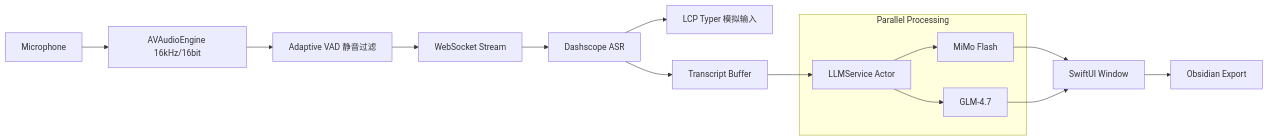
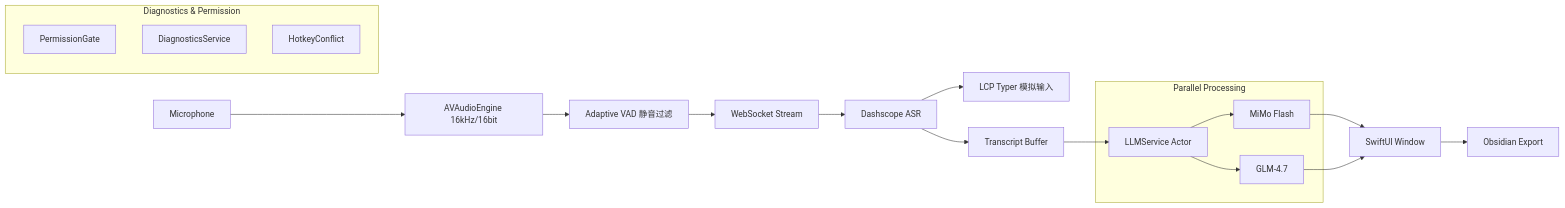
One commit to BRSAMAyu/flash_ASR changed the diagram in README.md. Above: the diagram before and after it, drawn with Mermaid. The commit also changed other lines of this file and 5 other files, not shown here.

````diff
--- a/README.md
+++ b/README.md
@@ -71,20 +77,26 @@
 ```mermaid
 graph LR
     Mic[Microphone] --> AudioEngine[AVAudioEngine 16kHz/16bit]
     AudioEngine --> VAD[Adaptive VAD 静音过滤]
     VAD --> WS[WebSocket Stream]
     WS --> ASR[Dashscope ASR]
     ASR --> LCP[LCP Typer 模拟输入]
 
     ASR --> Buffer[Transcript Buffer]
     Buffer --> LLMService[LLMService Actor]
 
     subgraph "Parallel Processing"
         LLMService --> MiMo[MiMo Flash]
         LLMService --> GLM[GLM-4.7]
     end
 
     MiMo --> UI[SwiftUI Window]
     GLM --> UI
     UI --> Obsidian[Obsidian Export]
+    
+    subgraph "Diagnostics & Permission"
+        Permission[PermissionGate]
+        Diagnostics[DiagnosticsService]
+        Conflict[HotkeyConflict]
+    end
 ```
````
